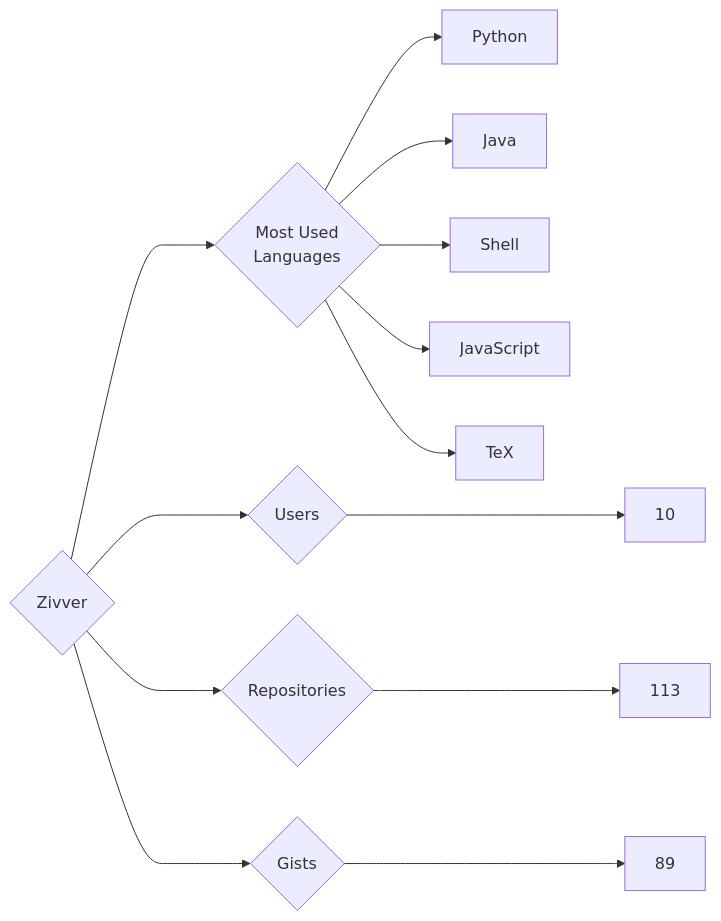
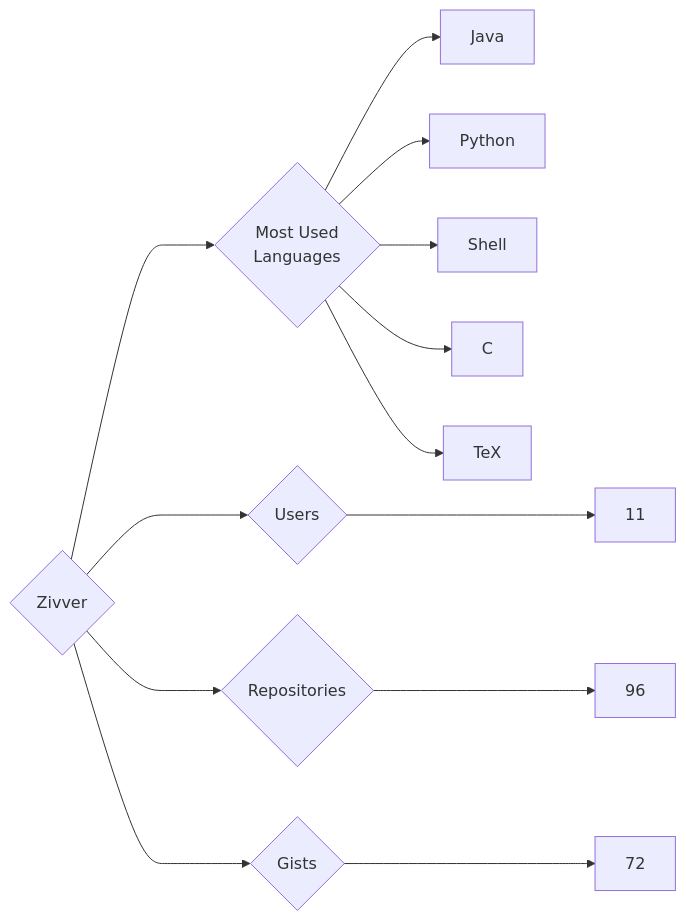
Before and after one commit to trickest/insiders: the diagram in targets/Zivver/README.md, drawn with Mermaid. The commit also changed 886 other files, not shown here.

````diff
--- a/targets/Zivver/README.md
+++ b/targets/Zivver/README.md
@@ -3,13 +3,13 @@
 ```mermaid
 graph LR
 COMPANY_NAME{Zivver}
-COMPANY_NAME ---> U{Users} ---> UN[10]
-COMPANY_NAME ---> R{Repositories} ---> RN[113]
-COMPANY_NAME ---> G{Gists} ---> GN[89]
+COMPANY_NAME ---> U{Users} ---> UN[11]
+COMPANY_NAME ---> R{Repositories} ---> RN[96]
+COMPANY_NAME ---> G{Gists} ---> GN[72]
 COMPANY_NAME ---> ML{Most Used<br>Languages}
+ML --> Java[Java]
 ML --> Python[Python]
-ML --> Java[Java]
 ML --> Shell[Shell]
-ML --> JavaScript[JavaScript]
+ML --> C[C]
 ML --> TeX[TeX]
 ```
````
